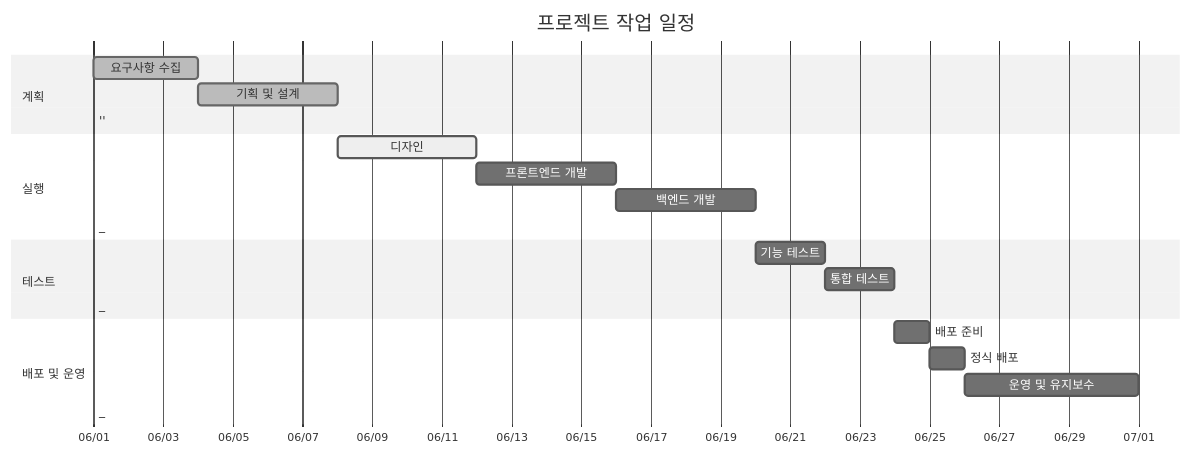
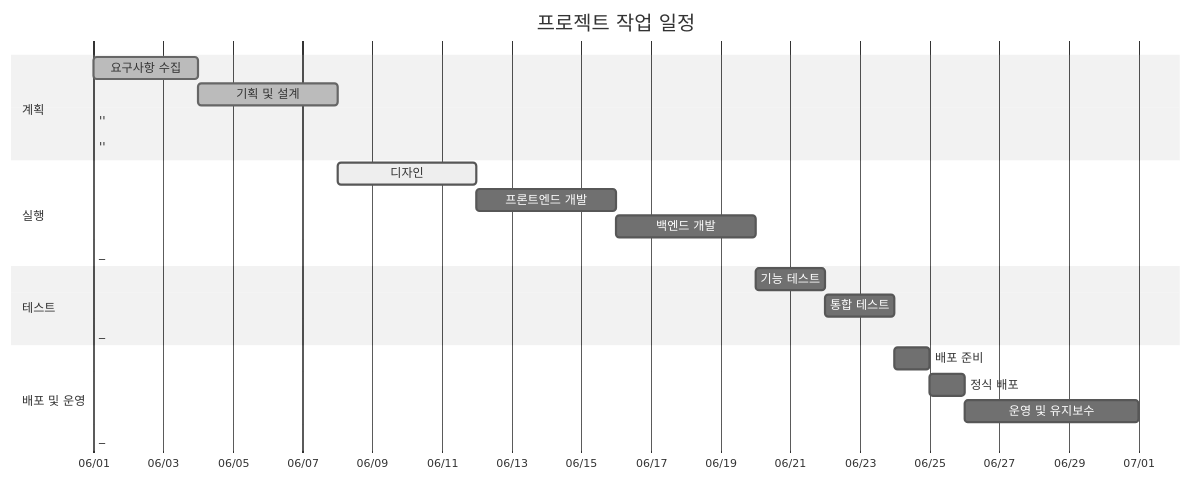
Before and after one commit to RAILWAY-2025/RAILWAY_FRONT: the diagram in README.md, drawn with Mermaid (neutral theme).

````diff
--- a/README.md
+++ b/README.md
@@ -5,29 +5,30 @@
 ```mermaid
 gantt
 title 프로젝트 작업 일정
 dateFormat YYYY-MM-DD
 axisFormat %m/%d
 %% 화면에 꽉 차 보이도록 섹션을 충분히 배치
 
 section 계획
 요구사항 수집       :done,    a1, 2025-06-01, 3d
 기획 및 설계        :done,    a2, 2025-06-04, 4d
 ''            :done,    dummy1, 2025-06-01, 0d
+''            :done,    dummy55, 2025-06-01, 0d
 
 section 실행
 디자인              :active,  a3, 2025-06-08, 4d
 프론트엔드 개발       :         a4, 2025-06-12, 4d
 백엔드 개발          :         a5, 2025-06-16, 4d
  _           :done,    dummy2, 2025-06-01, 0d
 
 section 테스트
 기능 테스트          :         a6, 2025-06-20, 2d
 통합 테스트          :         a7, 2025-06-22, 2d
 _            :done,    dummy3, 2025-06-01, 0d
 
 section 배포 및 운영
 배포 준비            :         a8, 2025-06-24, 1d
 정식 배포            :         a9, 2025-06-25, 1d
 운영 및 유지보수     :         a10, 2025-06-26, 5d
  _          :done,    dummy4, 2025-06-01, 0d
 ```
````
